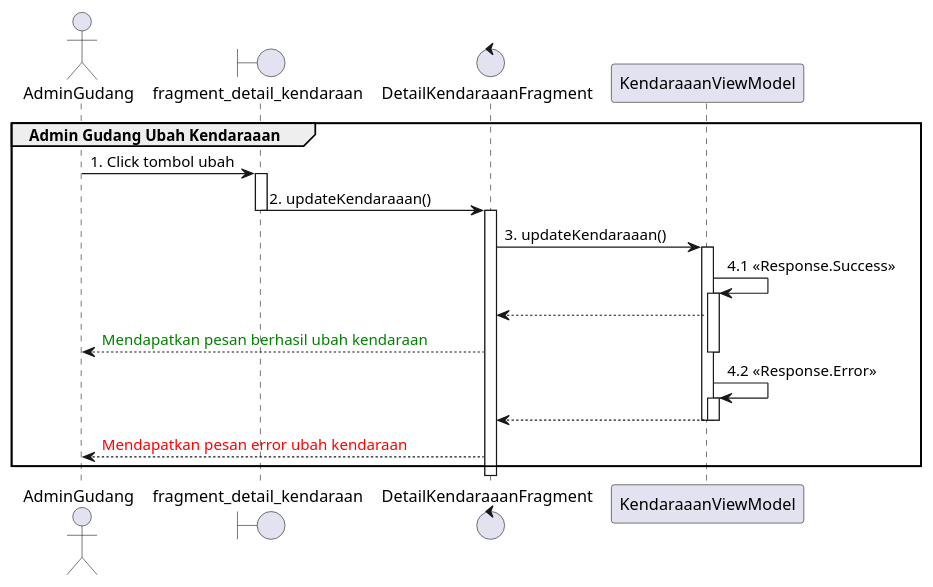
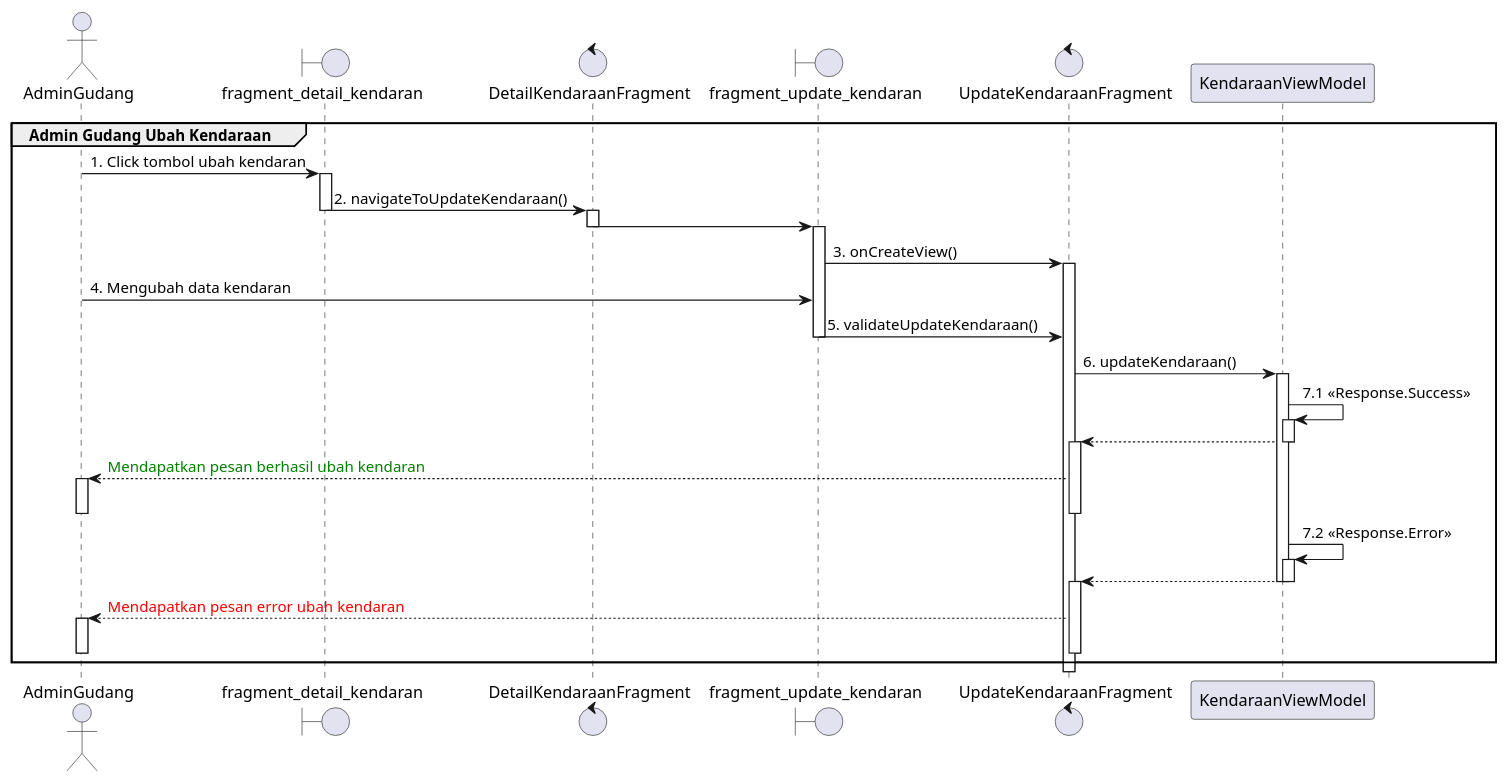
The diagram in app/src/main/java/com/android/burdacontractor/diagram/sequencediagram/UbahKendaraanSequence.puml (Pangeranmw/BurdaContractorAndroid), drawn with PlantUML before and after one commit. The commit also changed 33 other files, not shown here.

Commit message:
Sequence Diagram Done

```diff
--- a/app/src/main/java/com/android/burdacontractor/diagram/sequencediagram/UbahKendaraanSequence.puml
+++ b/app/src/main/java/com/android/burdacontractor/diagram/sequencediagram/UbahKendaraanSequence.puml
@@ -1,35 +1,52 @@
 @startuml
 'https://plantuml.com/sequence-diagram
 
-group Admin Gudang Ubah Kendaraaan
+group Admin Gudang Ubah Kendaraan
     actor       AdminGudang
-    boundary    fragment_detail_kendaraan
-    control     DetailKendaraaanFragment
+    boundary    fragment_detail_kendaran
+    control     DetailKendaraanFragment
+    boundary    fragment_update_kendaran
+    control     UpdateKendaraanFragment
 
-    AdminGudang -> fragment_detail_kendaraan : 1. Click tombol ubah
-    activate fragment_detail_kendaraan
+    AdminGudang -> fragment_detail_kendaran : 1. Click tombol ubah kendaran
 
-    fragment_detail_kendaraan -> DetailKendaraaanFragment : 2. updateKendaraaan()
-    deactivate fragment_detail_kendaraan
+    activate fragment_detail_kendaran
+    fragment_detail_kendaran -> DetailKendaraanFragment : 2. navigateToUpdateKendaraan()
+    deactivate fragment_detail_kendaran
 
-    activate DetailKendaraaanFragment
-    DetailKendaraaanFragment -> KendaraaanViewModel : 3. updateKendaraaan()
-    activate KendaraaanViewModel
-    KendaraaanViewModel -> KendaraaanViewModel : 4.1 <<Response.Success>>
-    activate KendaraaanViewModel
-    DetailKendaraaanFragment <-- KendaraaanViewModel
-    AdminGudang <-- DetailKendaraaanFragment :  <font color=green>Mendapatkan pesan berhasil ubah kendaraan
-    deactivate KendaraaanViewModel
+    activate DetailKendaraanFragment
+    DetailKendaraanFragment -> fragment_update_kendaran
+    deactivate DetailKendaraanFragment
+    activate fragment_update_kendaran
+    fragment_update_kendaran -> UpdateKendaraanFragment : 3. onCreateView()
+    activate UpdateKendaraanFragment
+    AdminGudang -> fragment_update_kendaran : 4. Mengubah data kendaran
+    fragment_update_kendaran -> UpdateKendaraanFragment : 5. validateUpdateKendaraan()
+    deactivate fragment_update_kendaran
 
-    KendaraaanViewModel -> KendaraaanViewModel : 4.2 <<Response.Error>>
-    activate KendaraaanViewModel
+    UpdateKendaraanFragment -> KendaraanViewModel : 6. updateKendaraan()
+    activate KendaraanViewModel
+    KendaraanViewModel -> KendaraanViewModel : 7.1 <<Response.Success>>
+    activate KendaraanViewModel
+    UpdateKendaraanFragment <-- KendaraanViewModel
+    deactivate KendaraanViewModel
+    activate UpdateKendaraanFragment
+    AdminGudang <-- UpdateKendaraanFragment :  <font color=green>Mendapatkan pesan berhasil ubah kendaran
+    activate AdminGudang
+    deactivate AdminGudang
+    deactivate UpdateKendaraanFragment
 
-    DetailKendaraaanFragment <-- KendaraaanViewModel
+    KendaraanViewModel -> KendaraanViewModel : 7.2 <<Response.Error>>
+    activate KendaraanViewModel
 
-    deactivate KendaraaanViewModel
-    deactivate KendaraaanViewModel
+    UpdateKendaraanFragment <-- KendaraanViewModel
 
-    AdminGudang <-- DetailKendaraaanFragment : <font color=red>Mendapatkan pesan error ubah kendaraan
-
+    deactivate KendaraanViewModel
+    deactivate KendaraanViewModel
+    activate UpdateKendaraanFragment
+    AdminGudang <-- UpdateKendaraanFragment : <font color=red>Mendapatkan pesan error ubah kendaran
+    activate AdminGudang
+    deactivate AdminGudang
+    deactivate UpdateKendaraanFragment
 end
 @enduml
```
